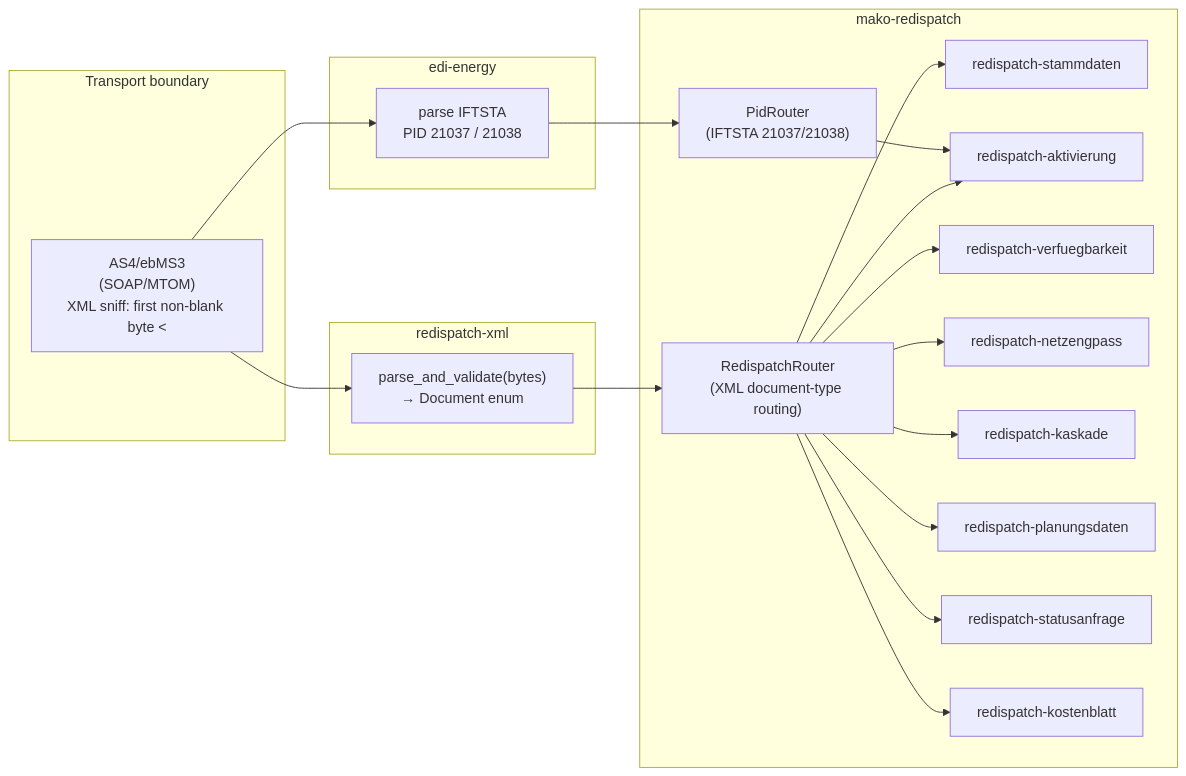
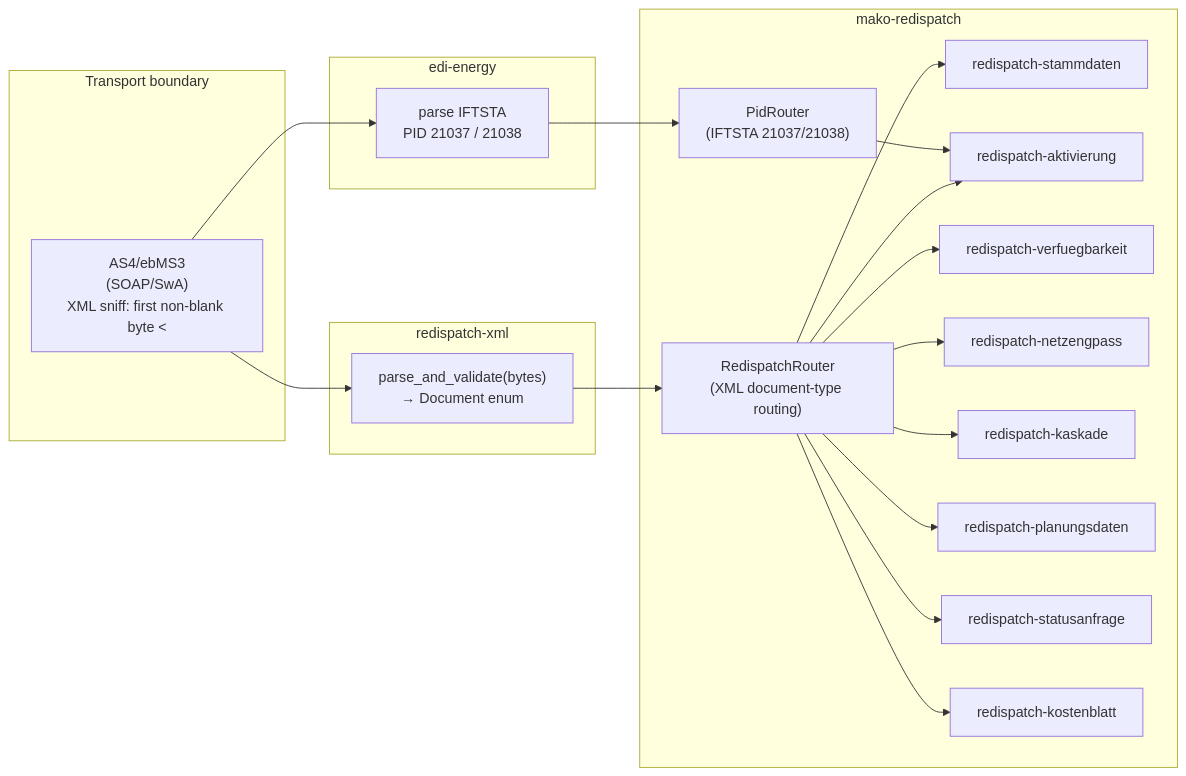
The diagram in site/content/docs/reference/redispatch.md (hupe1980/mako), drawn with Mermaid before and after one commit. The commit also changed other lines of this file and 148 other files, not shown here.

````diff
--- a/site/content/docs/reference/redispatch.md
+++ b/site/content/docs/reference/redispatch.md
@@ -137,33 +137,33 @@
 ```mermaid
 graph LR
     subgraph "Transport boundary"
-        AS4["AS4/ebMS3<br/>(SOAP/MTOM)<br/>XML sniff: first non-blank byte &lt;"]
+        AS4["AS4/ebMS3<br/>(SOAP/SwA)<br/>XML sniff: first non-blank byte &lt;"]
     end
 
     subgraph "redispatch-xml"
         PARSE["parse_and_validate(bytes)<br/>→ Document enum"]
     end
 
     subgraph "edi-energy"
         IFTSTA["parse IFTSTA<br/>PID 21037 / 21038"]
     end
 
     subgraph "mako-redispatch"
         ROUTER["RedispatchRouter<br/>(XML document-type routing)"]
         PIDR["PidRouter<br/>(IFTSTA 21037/21038)"]
         WF1["redispatch-stammdaten"]
         WF2["redispatch-aktivierung"]
         WF3["redispatch-verfuegbarkeit"]
         WF4["redispatch-netzengpass"]
         WF5["redispatch-kaskade"]
         WF6["redispatch-planungsdaten"]
         WF7["redispatch-statusanfrage"]
         WF8["redispatch-kostenblatt"]
         ROUTER --> WF1 & WF2 & WF3 & WF4 & WF5 & WF6 & WF7 & WF8
         PIDR --> WF2
     end
 
     AS4 --> PARSE
     PARSE --> ROUTER
     AS4 --> IFTSTA --> PIDR
 ```
````
